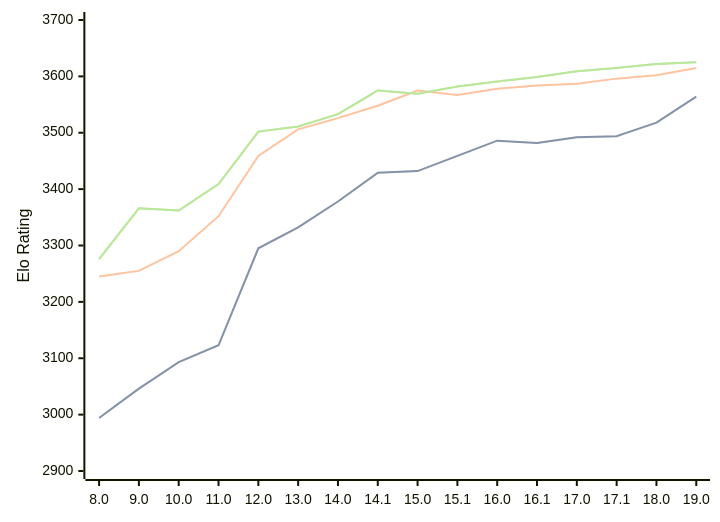
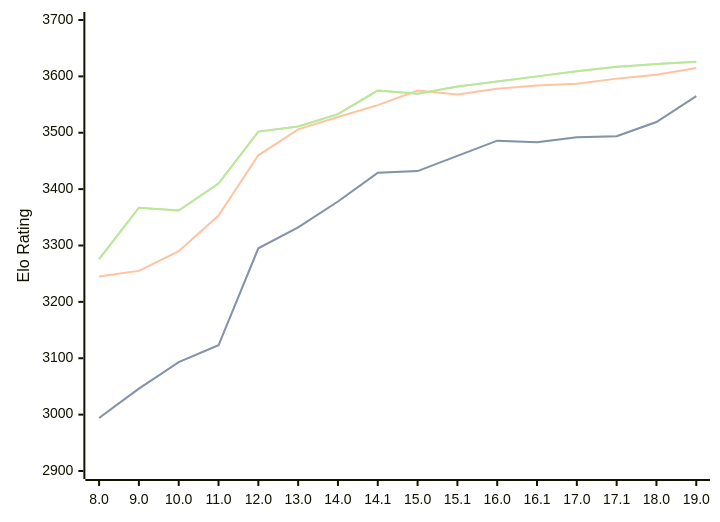
One commit to computer-chess-index/cci changed the diagram in engines/Stockfish.md. Above: the diagram before and after it, drawn with Mermaid. The commit also changed other lines of this file, not shown here.

Commit message:
Update CCI Ratings (ELO VLTC) - 2026-09-27

````diff
--- a/engines/Stockfish.md
+++ b/engines/Stockfish.md
@@ -46,11 +46,11 @@
 ```mermaid
 %%{init: {"theme":"base","themeVariables":{"seriesColors:['#a3a3a3','#222221','#faa371']}}}%%
 xychart-beta
   x-axis ["8.0", "9.0", "10.0", "11.0", "12.0", "13.0", "14.0", "14.1", "15.0", "15.1", "16.0", "16.1", "17.0", "17.1", "18.0", "19.0"]
   y-axis "Elo Rating" 2900 --> 3700
-  line "" [2994, 3046, 3093, 3123, 3295, 3332, 3378, 3429, 3432, 3459, 3486, 3482, 3492, 3494, 3518, 3564]
-  line "STC (8.0+0.08s)" [2994, 3046, 3093, 3123, 3295, 3332, 3378, 3429, 3432, 3459, 3486, 3482, 3492, 3494, 3518, 3564]
-  line "LTC (60.0+0.60s)" [3245, 3255, 3290, 3352, 3459, 3506, 3526, 3548, 3575, 3567, 3578, 3584, 3587, 3596, 3602, 3615]
-  line "" [3276, 3366, 3362, 3409, 3502, 3511, 3533, 3575, 3569, 3582, 3591, 3599, 3609, 3615, 3622, 3625]
-  line "VLTC (2m24s+1.12s)" [3276, 3366, 3362, 3409, 3502, 3511, 3533, 3575, 3569, 3582, 3591, 3599, 3609, 3615, 3622, 3625]
+  line "" [2994, 3046, 3093, 3123, 3295, 3332, 3378, 3429, 3432, 3459, 3486, 3483, 3492, 3494, 3519, 3565]
+  line "STC (8.0+0.08s)" [2994, 3046, 3093, 3123, 3295, 3332, 3378, 3429, 3432, 3459, 3486, 3483, 3492, 3494, 3519, 3565]
+  line "LTC (60.0+0.60s)" [3245, 3255, 3290, 3353, 3460, 3506, 3528, 3549, 3575, 3568, 3578, 3584, 3587, 3596, 3603, 3615]
+  line "" [3276, 3367, 3362, 3410, 3502, 3511, 3533, 3575, 3569, 3582, 3591, 3600, 3609, 3617, 3622, 3626]
+  line "VLTC (2m24s+1.12s)" [3276, 3367, 3362, 3410, 3502, 3511, 3533, 3575, 3569, 3582, 3591, 3600, 3609, 3617, 3622, 3626]
 ```
````
